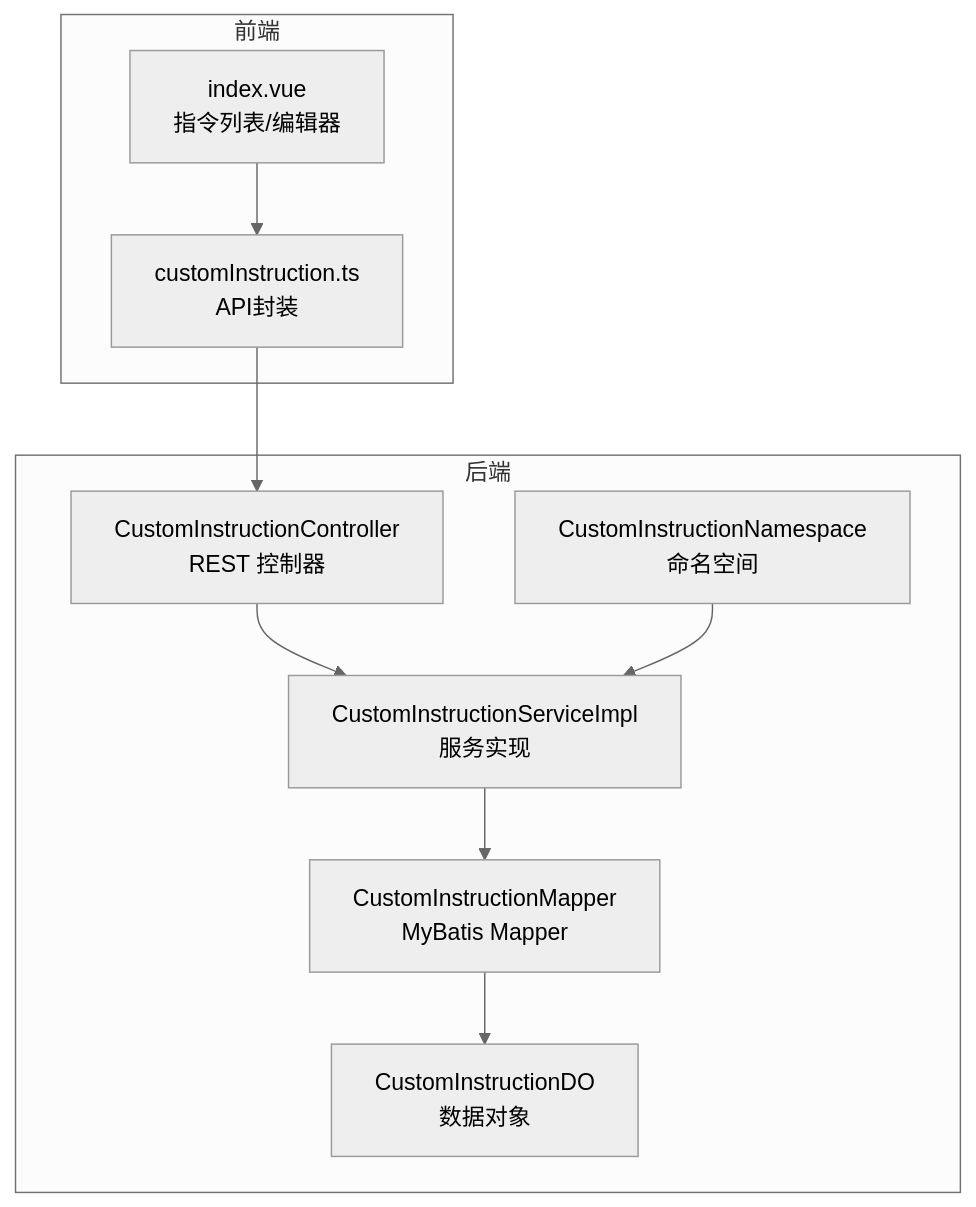
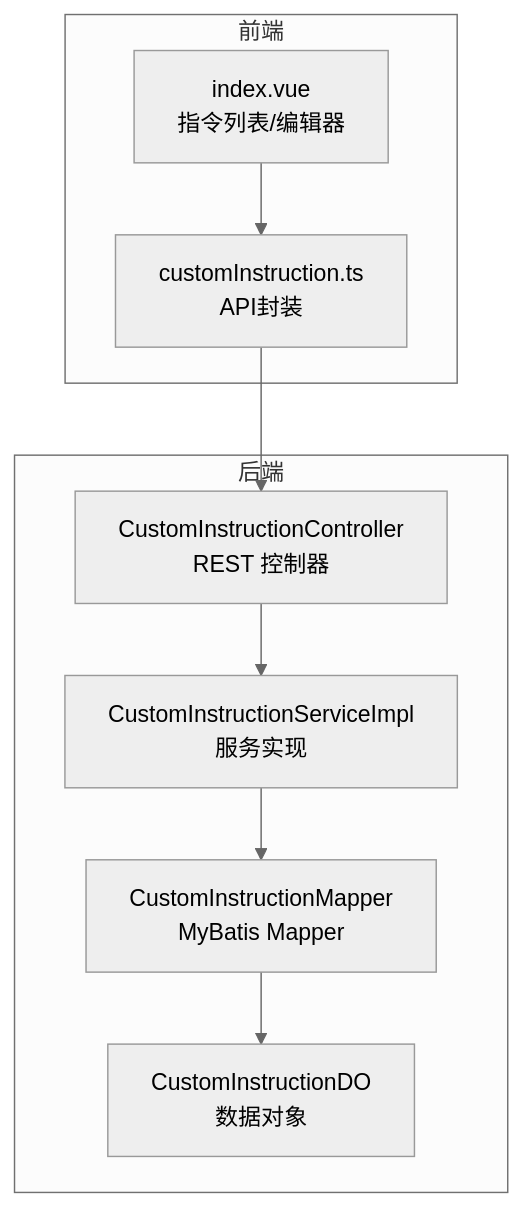
The first of 6 diagrams in docs/manual/架构设计/模块化设计/核心业务模块 (graphiti-module-core)/自定义指令.md (joezxh/graphiti-java), drawn with Mermaid (neutral theme) before and after one commit. The commit also changed other lines of this file and 41 other files, not shown here.

````diff
--- a/docs/manual/架构设计/模块化设计/核心业务模块 (graphiti-module-core)/自定义指令.md
+++ b/docs/manual/架构设计/模块化设计/核心业务模块 (graphiti-module-core)/自定义指令.md
@@ -47,20 +46,18 @@
 ```mermaid
 graph TB
 subgraph "后端"
 C["CustomInstructionController<br/>REST 控制器"]
 S["CustomInstructionServiceImpl<br/>服务实现"]
 M["CustomInstructionMapper<br/>MyBatis Mapper"]
 DO["CustomInstructionDO<br/>数据对象"]
-NS["CustomInstructionNamespace<br/>命名空间"]
 end
 subgraph "前端"
 FE_List["index.vue<br/>指令列表/编辑器"]
 FE_API["customInstruction.ts<br/>API封装"]
 end
 FE_List --> FE_API
 FE_API --> C
 C --> S
 S --> M
 M --> DO
-NS --> S
 ```
````
